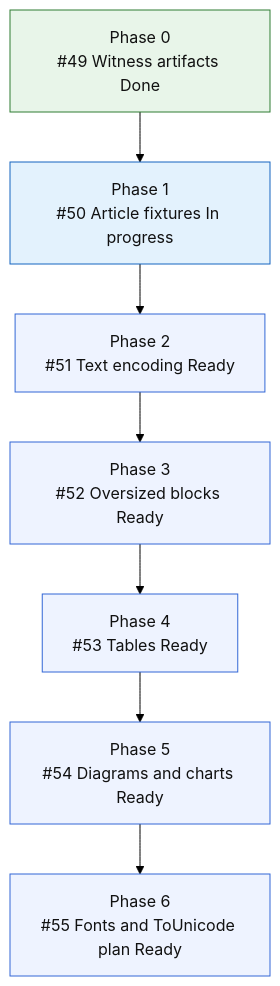
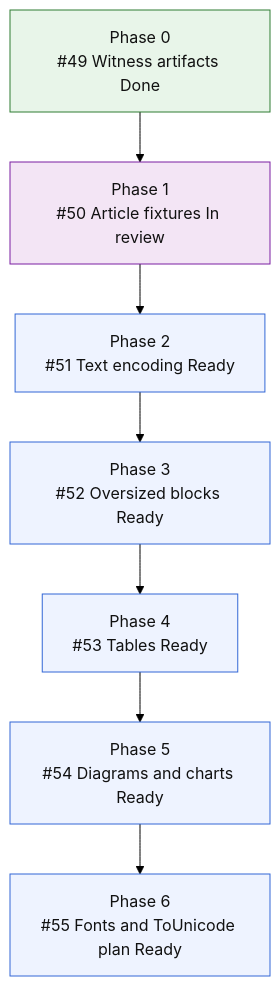
The second of 2 diagrams in README.md (mihaelamj/MarkdownPDF), drawn with Mermaid (forest theme) before and after one commit.

Commit message:
docs(roadmap): mark article fixtures in review

````diff
--- a/README.md
+++ b/README.md
@@ -212,21 +212,21 @@
 ```mermaid
 flowchart TD
     F0["Phase 0<br/>#49 Witness artifacts Done"]
-    F1["Phase 1<br/>#50 Article fixtures In progress"]
+    F1["Phase 1<br/>#50 Article fixtures In review"]
     F2["Phase 2<br/>#51 Text encoding Ready"]
     F3["Phase 3<br/>#52 Oversized blocks Ready"]
     F4["Phase 4<br/>#53 Tables Ready"]
     F5["Phase 5<br/>#54 Diagrams and charts Ready"]
     F6["Phase 6<br/>#55 Fonts and ToUnicode plan Ready"]
 
     F0 --> F1 --> F2 --> F3 --> F4 --> F5 --> F6
 
     classDef done fill:#e8f5e9,stroke:#2e7d32,color:#111;
     classDef active fill:#e3f2fd,stroke:#1565c0,color:#111;
     classDef review fill:#f3e5f5,stroke:#7b1fa2,color:#111;
     classDef next fill:#fff8e1,stroke:#f9a825,color:#111;
     classDef todo fill:#eef3ff,stroke:#3367d6,color:#111;
     class F0 done;
-    class F1 active;
+    class F1 review;
     class F2,F3,F4,F5,F6 todo;
 ```
````
